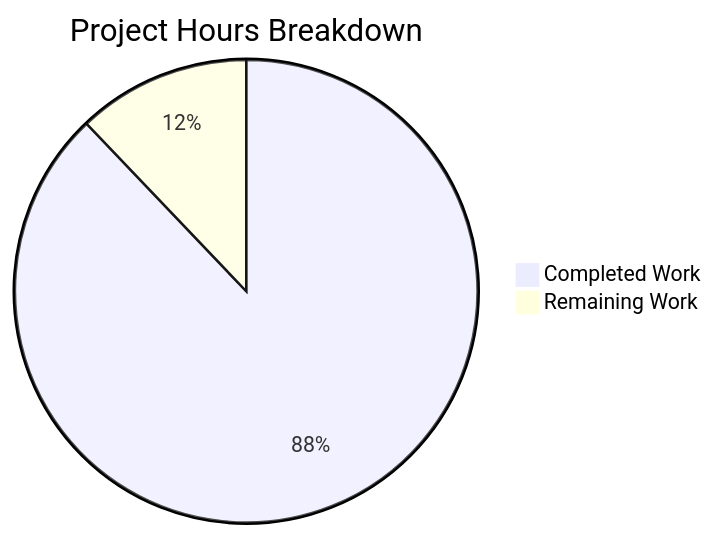
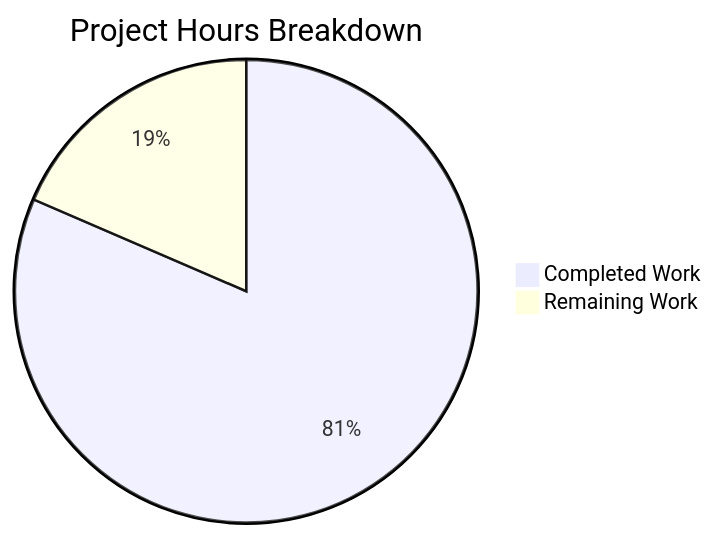
One commit to sudhanshu-spec/test-spec changed the diagram in blitzy/documentation/Project Guide.md. Above: the diagram before and after it, drawn with Mermaid. The commit also changed other lines of this file, not shown here.

Commit message:
Adding Blitzy Project Guide: Project Status and Human Tasks Remaining

````diff
--- a/blitzy/documentation/Project Guide.md
+++ b/blitzy/documentation/Project Guide.md
@@ -47,5 +28,5 @@
 ```mermaid
 pie title Project Hours Breakdown
-    "Completed Work" : 29
-    "Remaining Work" : 4
+    "Completed Work" : 22
+    "Remaining Work" : 5
 ```
````
